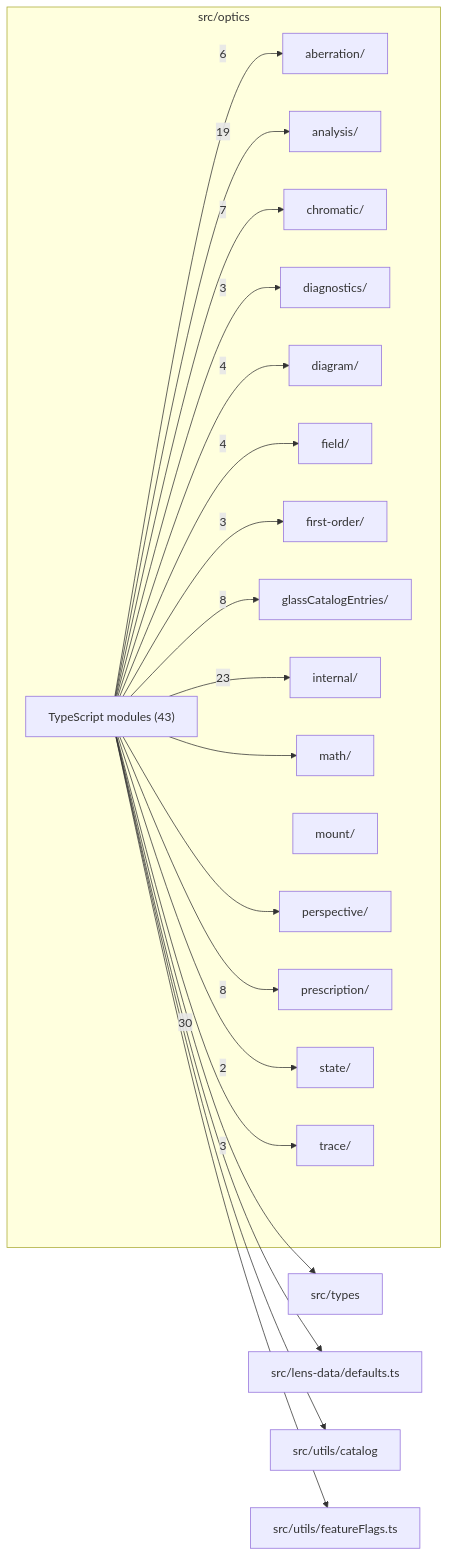
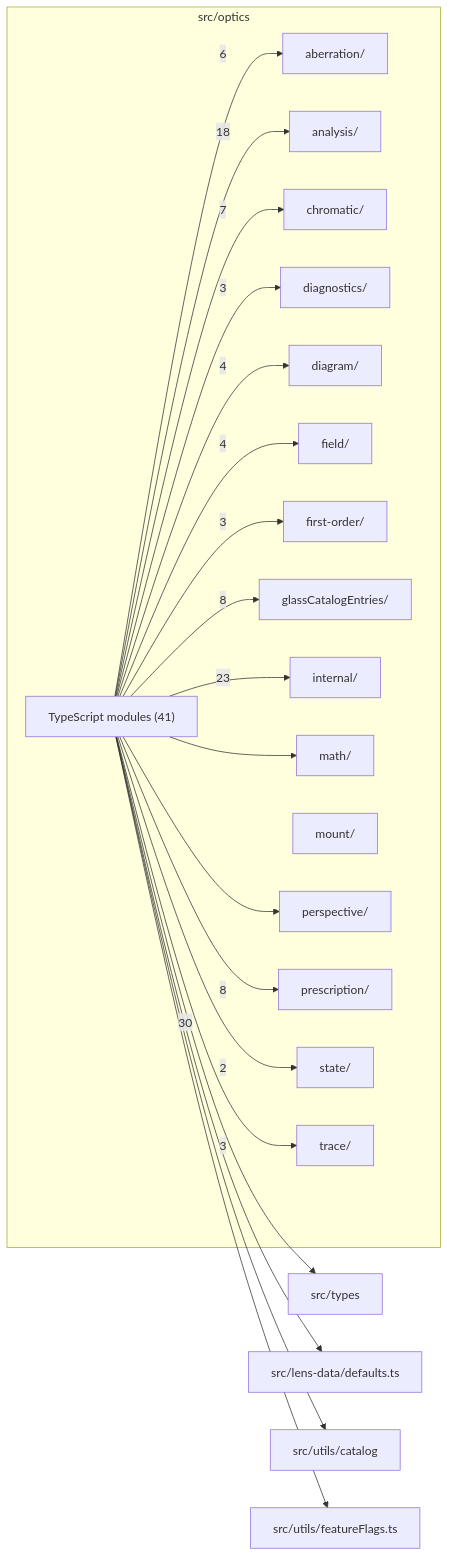
Before and after one commit to BeamFour/LensVisualizer: the diagram in src/optics/readme.md, drawn with Mermaid. The commit also changed other lines of this file and 9 other files, not shown here.

````diff
--- a/src/optics/readme.md
+++ b/src/optics/readme.md
@@ -9,43 +9,43 @@
 ```mermaid
 flowchart LR
   subgraph n_src_optics["src/optics"]
     n_src_optics_src_optics_aberration["aberration/"]
     n_src_optics_src_optics_analysis["analysis/"]
     n_src_optics_src_optics_chromatic["chromatic/"]
     n_src_optics_src_optics_diagnostics["diagnostics/"]
     n_src_optics_src_optics_diagram["diagram/"]
     n_src_optics_src_optics_field["field/"]
     n_src_optics_src_optics_first_order["first-order/"]
     n_src_optics_src_optics_glassCatalogEntries["glassCatalogEntries/"]
     n_src_optics_src_optics_internal["internal/"]
     n_src_optics_src_optics_math["math/"]
     n_src_optics_src_optics_mount["mount/"]
     n_src_optics_src_optics_perspective["perspective/"]
     n_src_optics_src_optics_prescription["prescription/"]
     n_src_optics_src_optics_state["state/"]
     n_src_optics_src_optics_trace["trace/"]
-    n_src_optics_TypeScript_modules["TypeScript modules (43)"]
+    n_src_optics_TypeScript_modules["TypeScript modules (41)"]
   end
   n_external_src_types["src/types"]
   n_external_src_lens_data_defaults_ts["src/lens-data/defaults.ts"]
   n_external_src_utils_catalog["src/utils/catalog"]
   n_external_src_utils_featureFlags_ts["src/utils/featureFlags.ts"]
   n_src_optics_TypeScript_modules --> |30| n_external_src_types
   n_src_optics_TypeScript_modules --> |23| n_src_optics_src_optics_internal
-  n_src_optics_TypeScript_modules --> |19| n_src_optics_src_optics_analysis
+  n_src_optics_TypeScript_modules --> |18| n_src_optics_src_optics_analysis
   n_src_optics_TypeScript_modules --> |8| n_src_optics_src_optics_glassCatalogEntries
   n_src_optics_TypeScript_modules --> |8| n_src_optics_src_optics_prescription
   n_src_optics_TypeScript_modules --> |7| n_src_optics_src_optics_chromatic
   n_src_optics_TypeScript_modules --> |6| n_src_optics_src_optics_aberration
   n_src_optics_TypeScript_modules --> |4| n_src_optics_src_optics_diagram
   n_src_optics_TypeScript_modules --> |4| n_src_optics_src_optics_field
   n_src_optics_TypeScript_modules --> |3| n_src_optics_src_optics_diagnostics
   n_src_optics_TypeScript_modules --> |3| n_src_optics_src_optics_first_order
   n_src_optics_TypeScript_modules --> |3| n_src_optics_src_optics_trace
   n_src_optics_TypeScript_modules --> |2| n_src_optics_src_optics_state
   n_src_optics_TypeScript_modules --> n_external_src_lens_data_defaults_ts
   n_src_optics_TypeScript_modules --> n_external_src_utils_catalog
   n_src_optics_TypeScript_modules --> n_external_src_utils_featureFlags_ts
   n_src_optics_TypeScript_modules --> n_src_optics_src_optics_math
   n_src_optics_TypeScript_modules --> n_src_optics_src_optics_perspective
 ```
````
